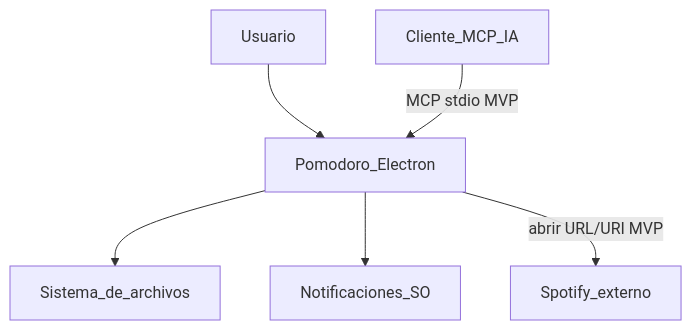
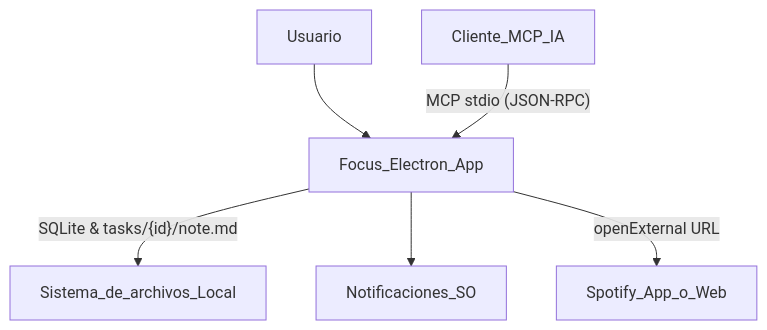
One commit to Edwardmamani/pomodoro changed the first of 5 diagrams in documentos/03 diseño-arquitectura.md. Above: the diagram before and after it, drawn with Mermaid. The commit also changed other lines of this file and 22 other files, not shown here.

````diff
--- a/documentos/03 diseño-arquitectura.md
+++ b/documentos/03 diseño-arquitectura.md
@@ -18,15 +22,15 @@
 ```mermaid
 flowchart TB
   User[Usuario]
   AIClient[Cliente_MCP_IA]
-  App[Pomodoro_Electron]
-  FS[Sistema_de_archivos]
+  App[Focus_Electron_App]
+  FS[Sistema_de_archivos_Local]
   OSNotify[Notificaciones_SO]
-  SpotifyExt[Spotify_externo]
+  SpotifyExt[Spotify_App_o_Web]
 
   User --> App
-  AIClient -->|"MCP stdio MVP"| App
-  App --> FS
+  AIClient -->|"MCP stdio (JSON-RPC)"| App
+  App -->|"SQLite & tasks/{id}/note.md"| FS
   App --> OSNotify
-  App -->|"abrir URL/URI MVP"| SpotifyExt
+  App -->|"openExternal URL"| SpotifyExt
 ```
````
